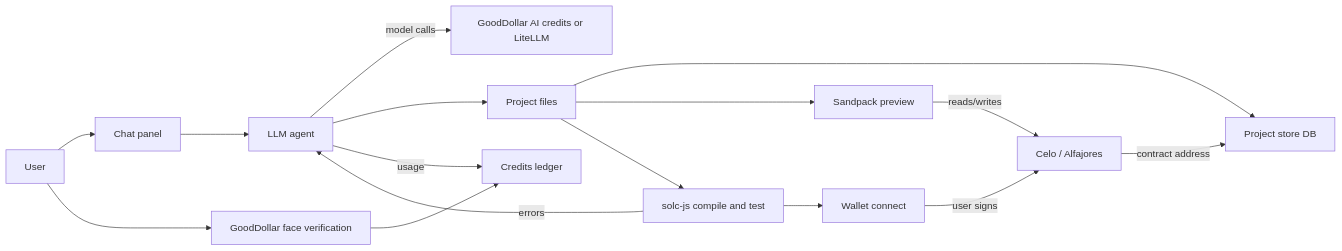
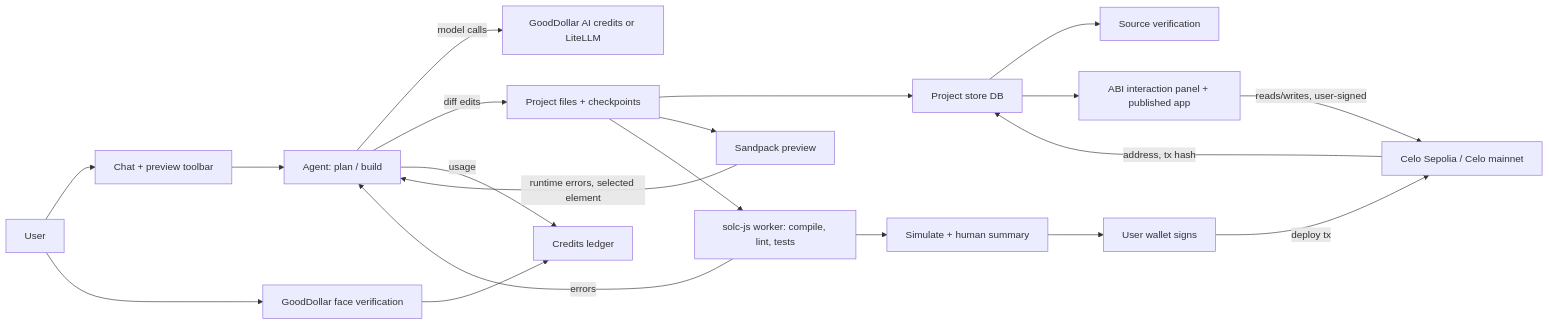
The diagram in docs/ARCHITECTURE.md (yinkscss/goodbuild), drawn with Mermaid before and after one commit. The commit also changed other lines of this file and 6 other files, not shown here.

Commit message:
docs: add AI agent and contracts/deployment design docs; update architecture, open questions, decisions (proposed), CLAUDE.md challenge rule

````diff
--- a/docs/ARCHITECTURE.md
+++ b/docs/ARCHITECTURE.md
@@ -16,18 +19,22 @@
 ```mermaid
 flowchart LR
-  U[User] --> C[Chat panel]
-  C --> A[LLM agent]
+  U[User] --> C[Chat + preview toolbar]
+  C --> A[Agent: plan / build]
   A -->|model calls| M[GoodDollar AI credits or LiteLLM]
-  A --> F[Project files]
+  A -->|diff edits| F[Project files + checkpoints]
   F --> S[Project store DB]
   F --> P[Sandpack preview]
-  F --> K[solc-js compile and test]
+  P -->|runtime errors, selected element| A
+  F --> K[solc-js worker: compile, lint, tests]
   K -->|errors| A
-  K --> W[Wallet connect]
-  W -->|user signs| CH[Celo / Alfajores]
-  CH -->|contract address| S
+  K --> SIM[Simulate + human summary]
+  SIM --> W[User wallet signs]
+  W -->|deploy tx| CH[Celo Sepolia / Celo mainnet]
+  CH -->|address, tx hash| S
+  S --> V[Source verification]
+  S --> IP[ABI interaction panel + published app]
+  IP -->|reads/writes, user-signed| CH
   U --> ID[GoodDollar face verification]
   ID --> L[Credits ledger]
   A -->|usage| L
-  P -->|reads/writes| CH
 ```
````
